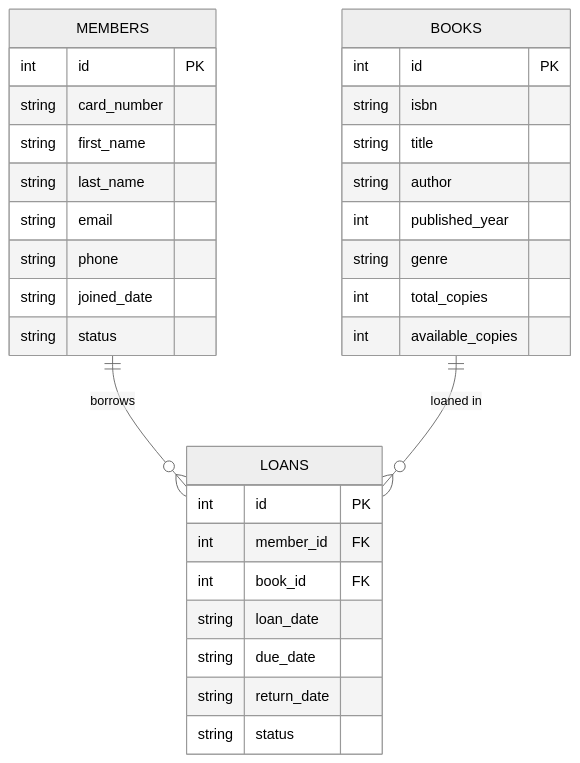
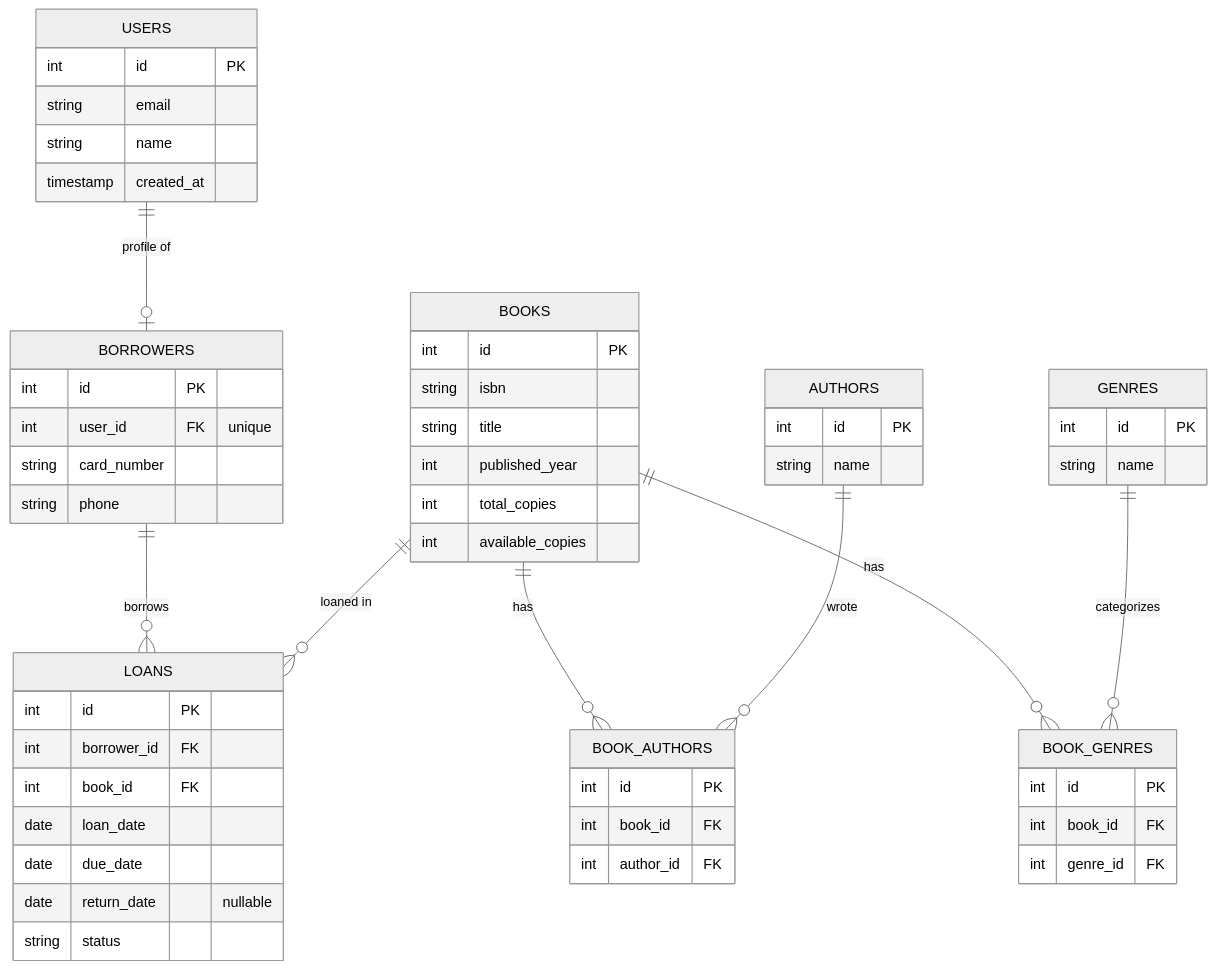
Before and after one commit to miryousaf03/fall-2026-assignment-04: the diagram in docs/architecture/schema.mmd, drawn with Mermaid (neutral theme). The commit also changed 4 other files, not shown here.

Commit message:
Regenerate library ERD and timestamped Kysely migration; update migration skill

```diff
--- a/docs/architecture/schema.mmd
+++ b/docs/architecture/schema.mmd
@@ -1,35 +1,63 @@
 erDiagram
-    MEMBERS ||--o{ LOANS : borrows
+    USERS ||--o| BORROWERS : "profile of"
+    BORROWERS ||--o{ LOANS : "borrows"
     BOOKS ||--o{ LOANS : "loaned in"
+    BOOKS ||--o{ BOOK_AUTHORS : "has"
+    AUTHORS ||--o{ BOOK_AUTHORS : "wrote"
+    BOOKS ||--o{ BOOK_GENRES : "has"
+    GENRES ||--o{ BOOK_GENRES : "categorizes"
 
-    MEMBERS {
+    USERS {
         int id PK
+        string email
+        string name
+        timestamp created_at
+    }
+
+    BORROWERS {
+        int id PK
+        int user_id FK "unique"
         string card_number
-        string first_name
-        string last_name
-        string email
         string phone
-        string joined_date
-        string status
     }
 
     BOOKS {
         int id PK
         string isbn
         string title
-        string author
         int published_year
-        string genre
         int total_copies
         int available_copies
     }
 
+    AUTHORS {
+        int id PK
+        string name
+    }
+
+    GENRES {
+        int id PK
+        string name
+    }
+
+    BOOK_AUTHORS {
+        int id PK
+        int book_id FK
+        int author_id FK
+    }
+
+    BOOK_GENRES {
+        int id PK
+        int book_id FK
+        int genre_id FK
+    }
+
     LOANS {
         int id PK
-        int member_id FK
+        int borrower_id FK
         int book_id FK
-        string loan_date
-        string due_date
-        string return_date
+        date loan_date
+        date due_date
+        date return_date "nullable"
         string status
     }
```
